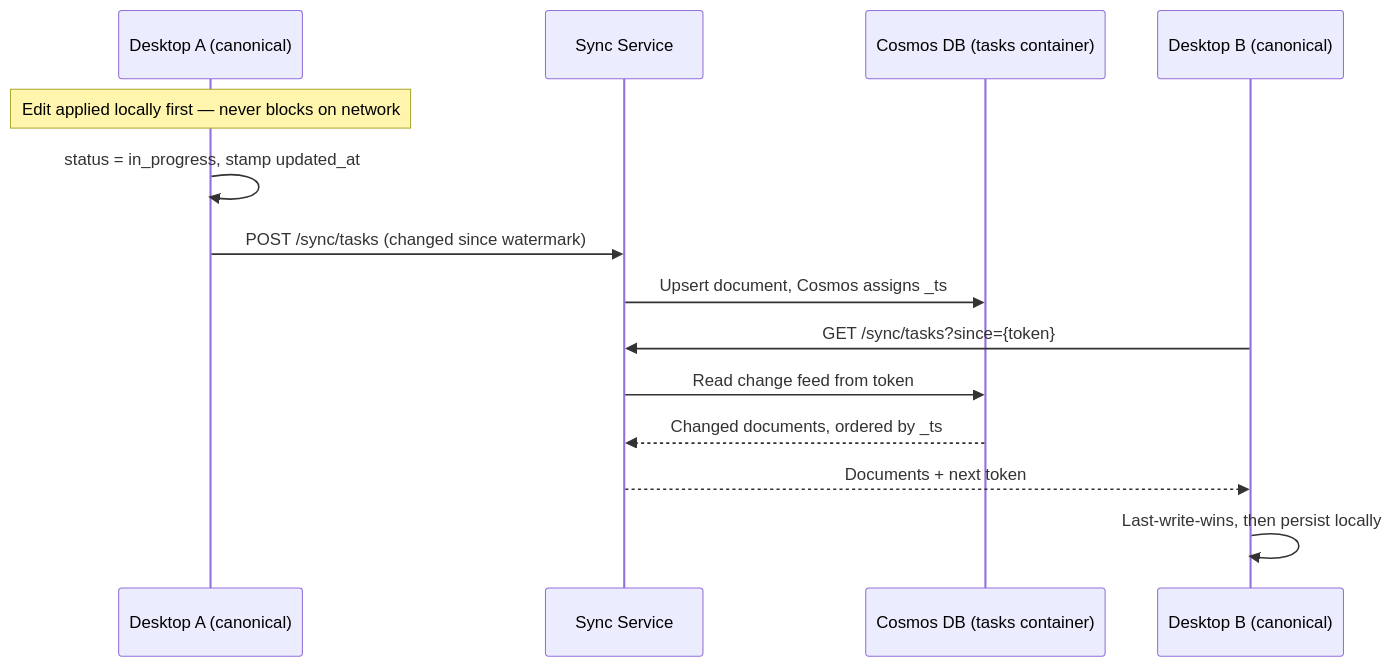
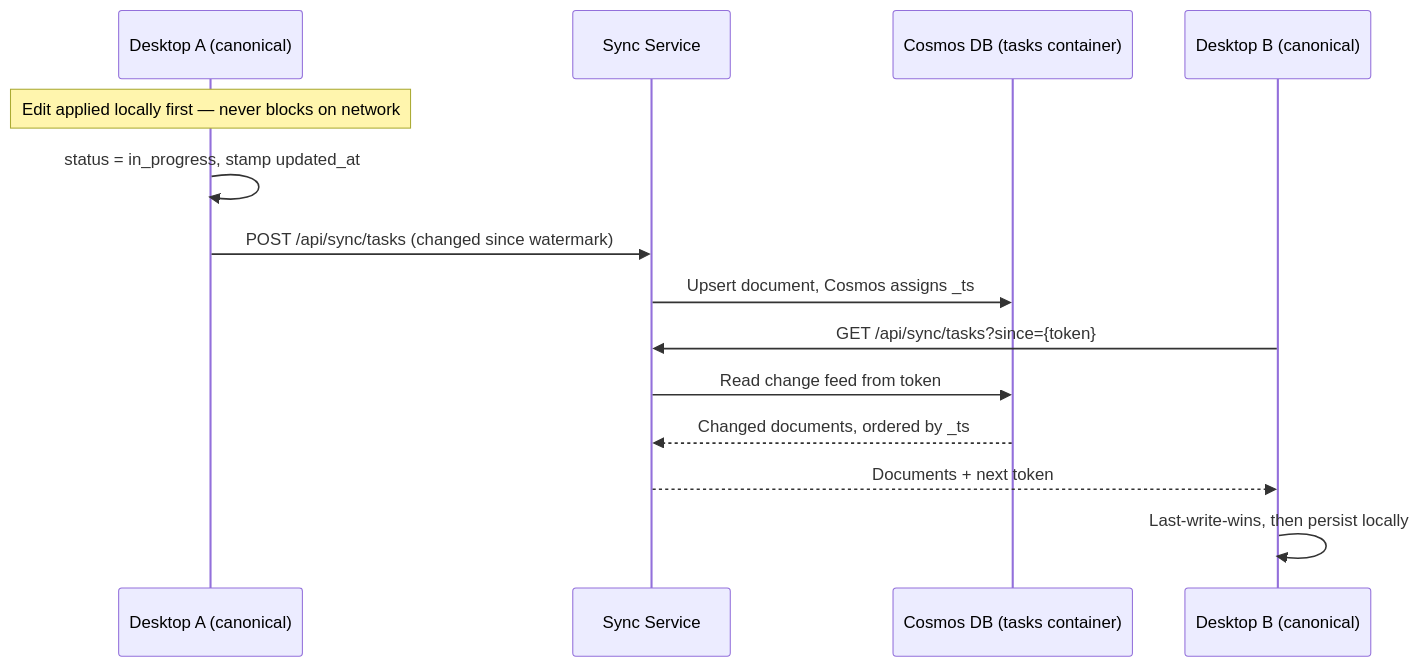
One commit to JSdotNet/Backlog changed the first of 3 diagrams in .devbook/arc42/08-crosscutting-concepts.md. Above: the diagram before and after it, drawn with Mermaid. The commit also changed other lines of this file and 131 other files, not shown here.

````diff
--- a/.devbook/arc42/08-crosscutting-concepts.md
+++ b/.devbook/arc42/08-crosscutting-concepts.md
@@ -147,17 +143,17 @@
 ```mermaid
 sequenceDiagram
     participant A as Desktop A (canonical)
     participant S as Sync Service
     participant C as Cosmos DB (tasks container)
     participant B as Desktop B (canonical)
 
     Note over A: Edit applied locally first — never blocks on network
     A->>A: status = in_progress, stamp updated_at
-    A->>S: POST /sync/tasks (changed since watermark)
+    A->>S: POST /api/sync/tasks (changed since watermark)
     S->>C: Upsert document, Cosmos assigns _ts
-    B->>S: GET /sync/tasks?since={token}
+    B->>S: GET /api/sync/tasks?since={token}
     S->>C: Read change feed from token
     C-->>S: Changed documents, ordered by _ts
     S-->>B: Documents + next token
     B->>B: Last-write-wins, then persist locally
 ```
````
